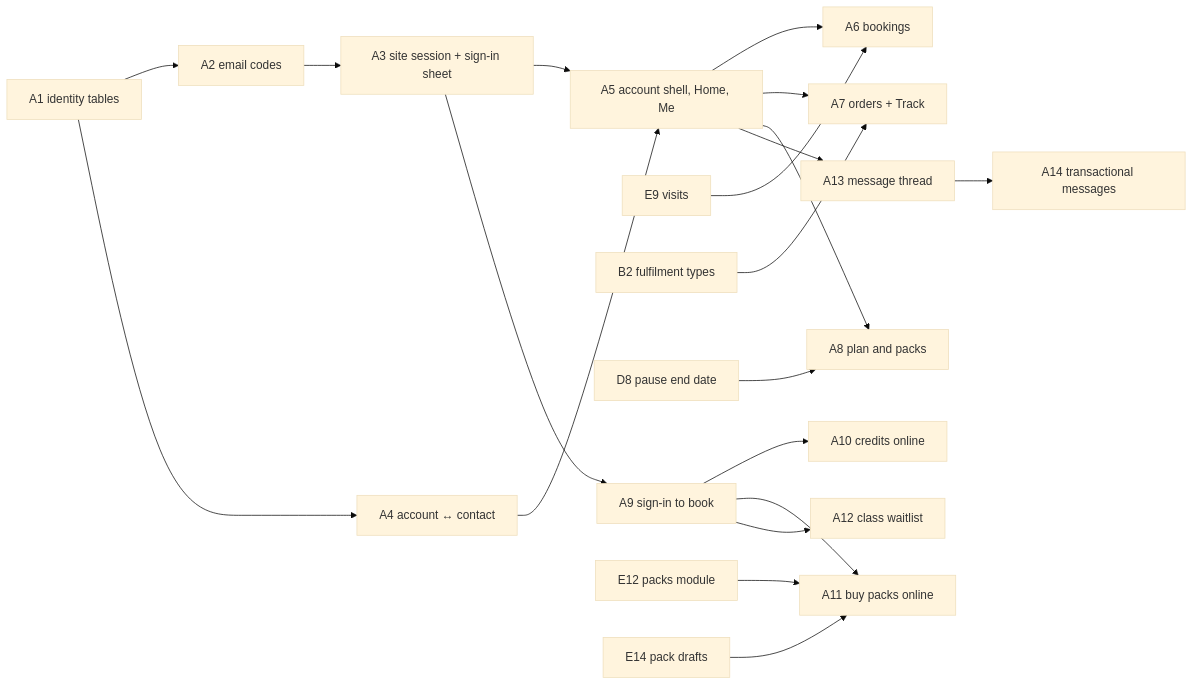
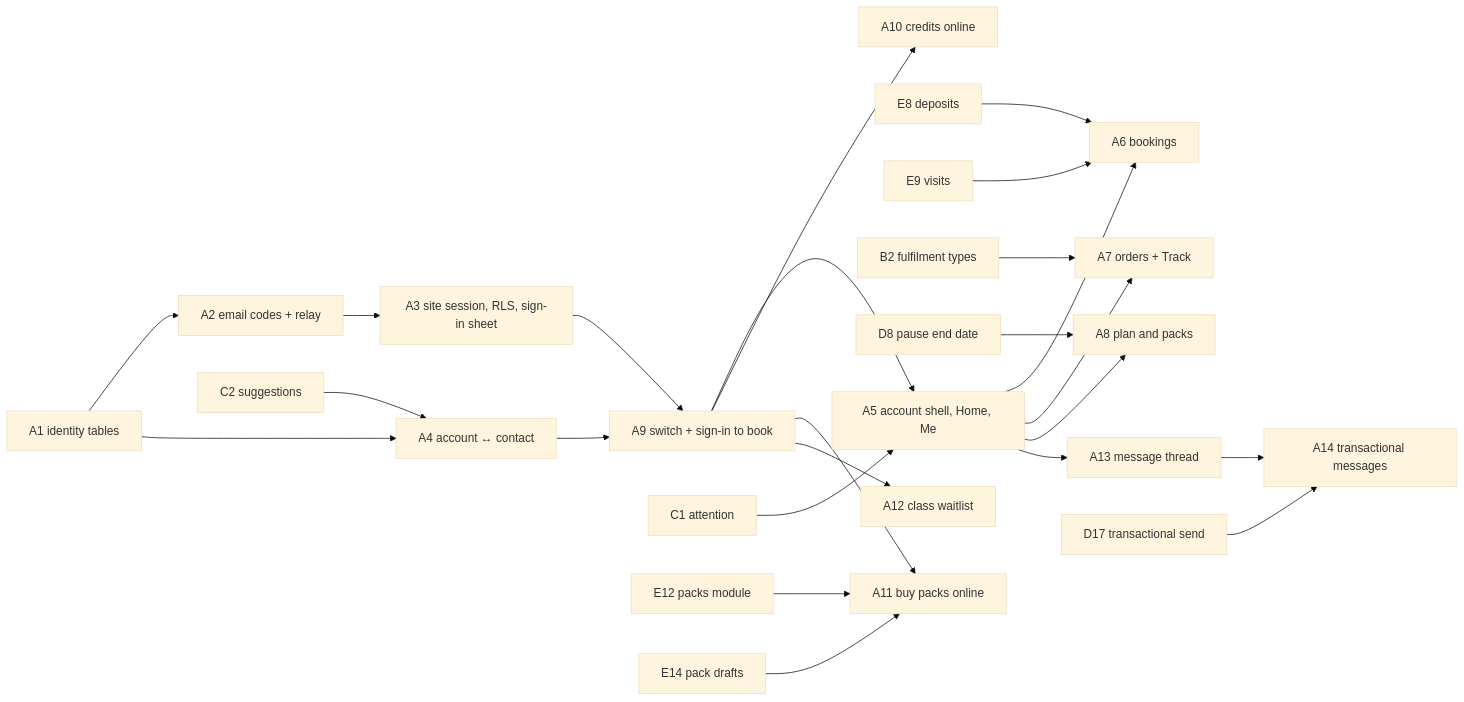
The fourth of 4 diagrams in docs/plans/2026-09-26-001-feat-customer-accounts-plan.md (saroh-labs/saroh.in), drawn with Mermaid (base theme) before and after one commit. The commit also changed other lines of this file, not shown here.

First line of the commit message:
docs(plans): deepen customer accounts — verified-email linking, signed relay, RLS on customer routes, per-site switch

````diff
--- a/docs/plans/2026-09-26-001-feat-customer-accounts-plan.md
+++ b/docs/plans/2026-09-26-001-feat-customer-accounts-plan.md
@@ -281,22 +394,26 @@
 ```mermaid
 flowchart LR
-  A1[A1 identity tables] --> A2[A2 email codes]
-  A2 --> A3[A3 site session + sign-in sheet]
+  A1[A1 identity tables] --> A2[A2 email codes + relay]
+  A2 --> A3[A3 site session, RLS, sign-in sheet]
   A1 --> A4[A4 account ↔ contact]
-  A3 --> A5[A5 account shell, Home, Me]
-  A4 --> A5
+  C2[C2 suggestions] --> A4
+  A3 --> A9[A9 switch + sign-in to book]
+  A4 --> A9
+  A9 --> A5[A5 account shell, Home, Me]
+  C1[C1 attention] --> A5
   A5 --> A6[A6 bookings]
+  E8[E8 deposits] --> A6
   E9[E9 visits] --> A6
   A5 --> A7[A7 orders + Track]
   B2[B2 fulfilment types] --> A7
   A5 --> A8[A8 plan and packs]
   D8[D8 pause end date] --> A8
-  A3 --> A9[A9 sign-in to book]
   A9 --> A10[A10 credits online]
   A9 --> A11[A11 buy packs online]
   E12[E12 packs module] --> A11
   E14[E14 pack drafts] --> A11
   A9 --> A12[A12 class waitlist]
   A5 --> A13[A13 message thread]
   A13 --> A14[A14 transactional messages]
+  D17[D17 transactional send] --> A14
 ```
````
